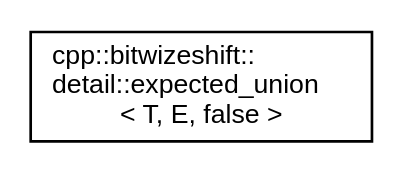
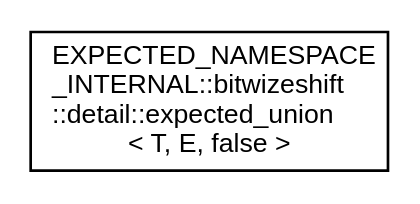
The diagram in api/latest/inherit_graph_12.dot (bitwizeshift/result), drawn with Graphviz before and after one commit. The commit also changed 399 other files, not shown here.

```diff
--- a/api/latest/inherit_graph_12.dot
+++ b/api/latest/inherit_graph_12.dot
@@ -1,7 +1,7 @@
 digraph "Graphical Class Hierarchy"
 {
   edge [fontname="Helvetica",fontsize="10",labelfontname="Helvetica",labelfontsize="10"];
   node [fontname="Helvetica",fontsize="10",shape=record];
   rankdir="LR";
-  Node0 [label="cpp::bitwizeshift::\ldetail::expected_union\l\< T, E, false \>",height=0.2,width=0.4,color="black", fillcolor="white", style="filled",URL="$d2/d6e/structcpp_1_1bitwizeshift_1_1detail_1_1expected__union_3_01_t_00_01_e_00_01false_01_4.html"];
+  Node0 [label="EXPECTED_NAMESPACE\l_INTERNAL::bitwizeshift\l::detail::expected_union\l\< T, E, false \>",height=0.2,width=0.4,color="black", fillcolor="white", style="filled",URL="$d6/dfd/struct_e_x_p_e_c_t_e_d___n_a_m_e_s_p_a_c_e___i_n_t_e_r_n_a_l_1_1bitwizeshift_1_1detail_1_1expectdc20b33dc5d5b1a11e16be00299d86a0.html"];
 }
```
